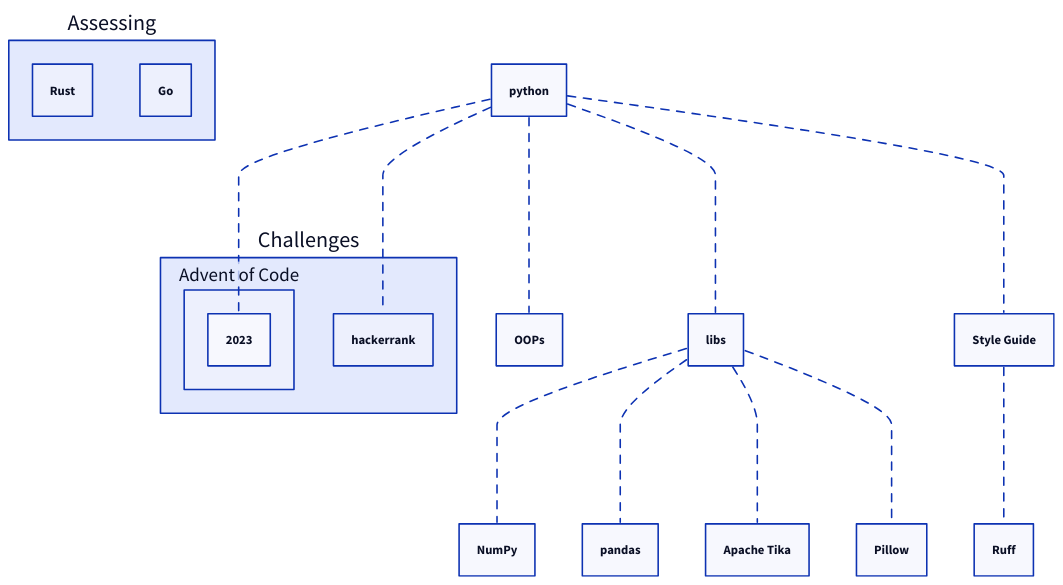
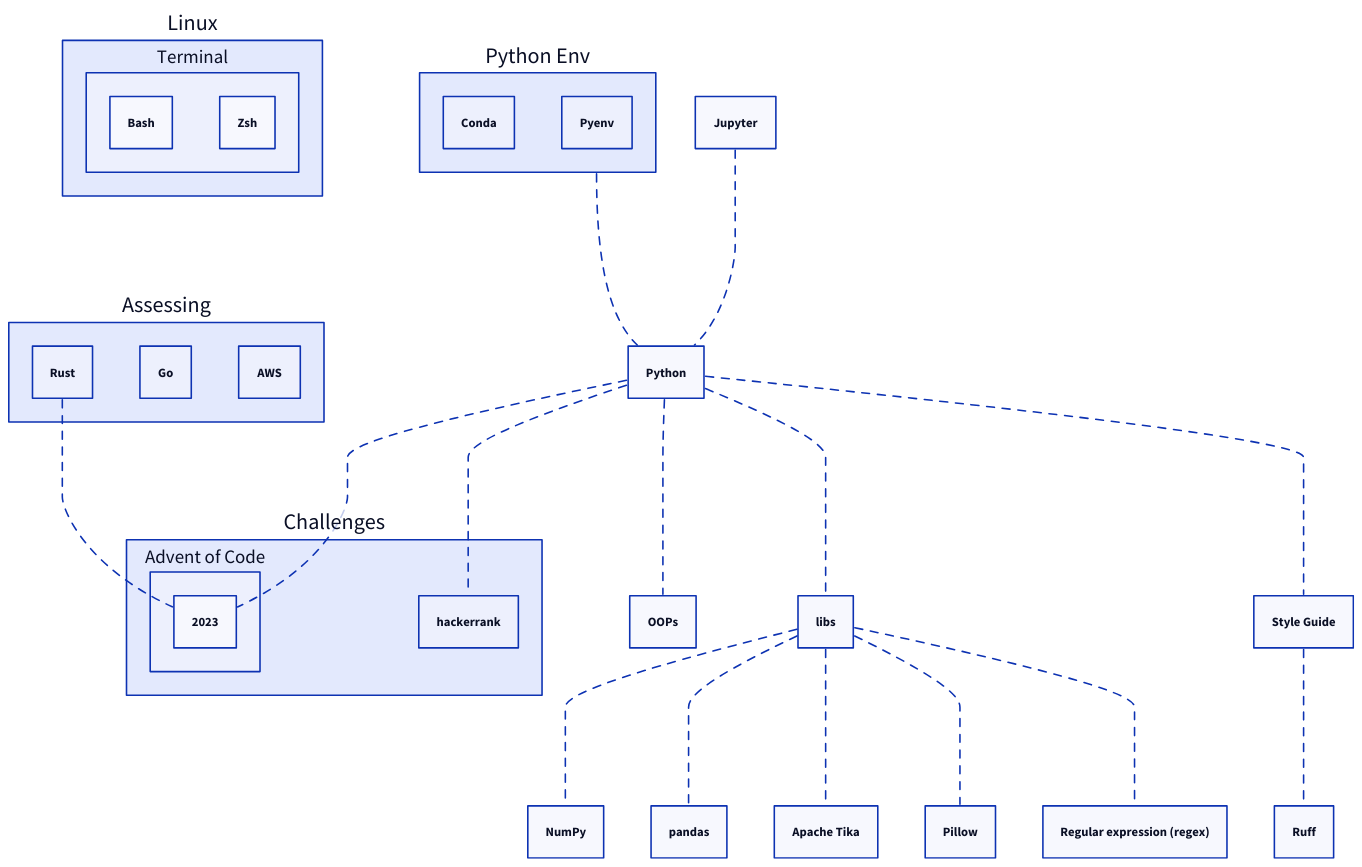
Before and after one commit to cchristion/sprout: the diagram in sprout.d2, drawn with D2.

```diff
--- a/sprout.d2
+++ b/sprout.d2
@@ -1,23 +1,44 @@
-python -- libs: {style.animated: true}
-python -- OOPs: {style.animated: true}
-python -- Style Guide: {style.animated: true}
+Jupyter -- Python: {style.animated: true}
+
+Python -- libs: {style.animated: true}
+Python -- OOPs: {style.animated: true}
+Python -- Style Guide: {style.animated: true}
+
 libs -- NumPy: {style.animated: true}
 libs -- pandas: {style.animated: true}
 libs -- Apache Tika: {style.animated: true}
 libs -- Pillow: {style.animated: true}
+libs -- "Regular expression (regex)": {style.animated: true}
 
 Style Guide -- Ruff: {style.animated: true}
 
 Assessing: {
   Rust
   Go
+  AWS
 }
 
 Challenges: {
   Advent of Code: {
     2023
   }
   hackerrank
 }
-python -- Challenges.Advent of Code.2023: {style.animated: true}
-python -- Challenges.hackerrank: {style.animated: true}
+
+Python -- Challenges.Advent of Code.2023: {style.animated: true}
+Assessing.Rust -- Challenges.Advent of Code.2023: {style.animated: true}
+Python -- Challenges.hackerrank: {style.animated: true}
+
+Linux: {
+  Terminal: {
+    Bash
+    Zsh
+  }
+}
+
+Python Env: {
+  Conda
+  Pyenv
+}
+
+Python Env -- Python: {style.animated: true}
```
